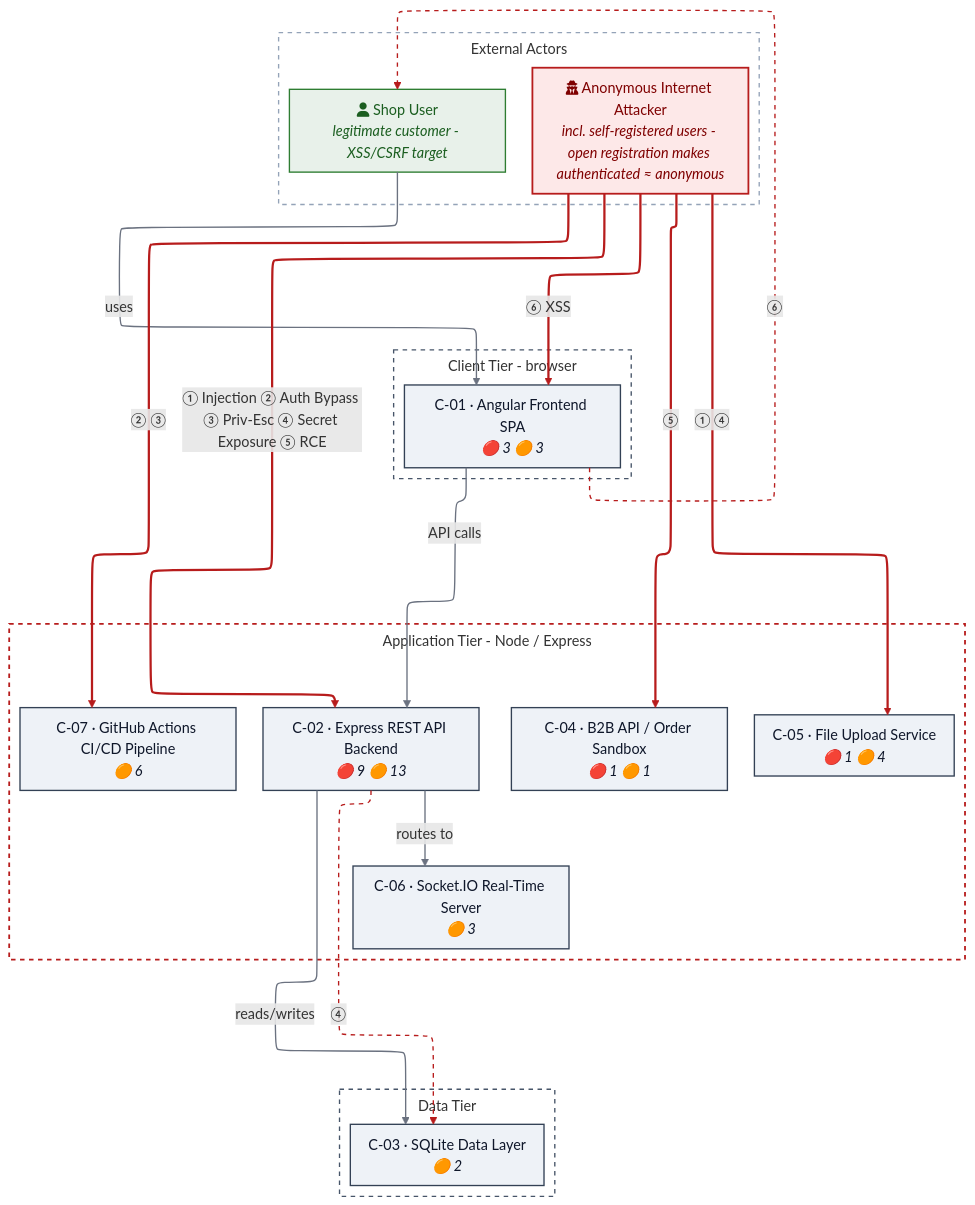
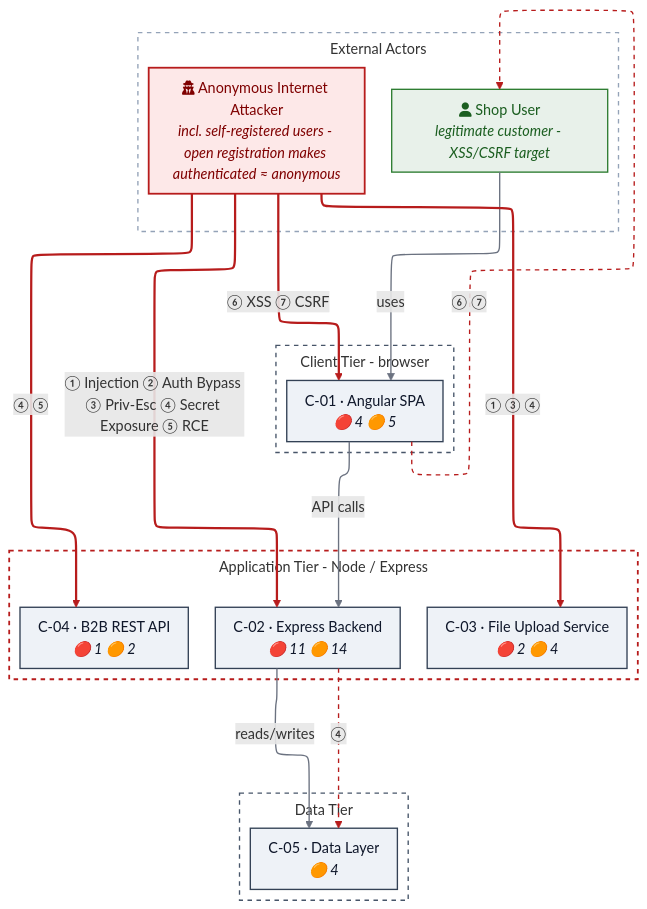
Before and after one commit to appsec-foundry/appsec-advisor: the first of 28 diagrams in examples/threat-modeler/threat-model-juice-shop-standard.md, drawn with Mermaid. The commit also changed other lines of this file and 12 other files, not shown here.

````diff
--- a/examples/threat-modeler/threat-model-juice-shop-standard.md
+++ b/examples/threat-modeler/threat-model-juice-shop-standard.md
@@ -143,60 +125,52 @@
 ```mermaid
 %%{init: {"flowchart": {"defaultRenderer": "elk", "nodeSpacing": 34, "rankSpacing": 52, "padding": 10, "subGraphTitleMargin": {"top": 6, "bottom": 6}}} }%%
 flowchart TB
     subgraph ZONE_ACTORS["External Actors"]
         direction LR
         EXT_SHOPUSER["fa:fa-user Shop User<br/><i>legitimate customer - XSS/CSRF target</i>"]:::actorgood
         ACT_INTERNET_ANON["fa:fa-user-secret Anonymous Internet Attacker<br/><i>incl. self-registered users - open registration makes authenticated ≈ anonymous</i>"]:::actorbad
     end
 
     subgraph CLIENT["Client Tier - browser"]
-        CMP_FRONTEND_SPA["C-01 · Angular Frontend SPA<br/><i>🔴 3 🟠 3</i>"]:::comp
+        CMP_ANGULAR_SPA["C-01 · Angular SPA<br/><i>🔴 4 🟠 5</i>"]:::comp
     end
     subgraph APP["Application Tier - Node / Express"]
-        CMP_BACKEND_API["C-02 · Express REST API Backend<br/><i>🔴 9 🟠 13</i>"]:::comp
-        CMP_B2B_API["C-04 · B2B API / Order Sandbox<br/><i>🔴 1 🟠 1</i>"]:::comp
-        CMP_FILE_UPLOAD_SERVICE["C-05 · File Upload Service<br/><i>🔴 1 🟠 4</i>"]:::comp
-        CMP_SOCKETIO_SERVER["C-06 · Socket.IO Real-Time Server<br/><i>🟠 3</i>"]:::comp
-        CMP_CI_CD_PIPELINE["C-07 · GitHub Actions CI/CD Pipeline<br/><i>🟠 6</i>"]:::comp
+        CMP_EXPRESS_BACKEND["C-02 · Express Backend<br/><i>🔴 11 🟠 14</i>"]:::comp
+        CMP_FILE_UPLOAD_SERVICE["C-03 · File Upload Service<br/><i>🔴 2 🟠 4</i>"]:::comp
+        CMP_B2B_API["C-04 · B2B REST API<br/><i>🔴 1 🟠 2</i>"]:::comp
     end
     subgraph DATA["Data Tier"]
-        CMP_DATA_PERSISTENCE["C-03 · SQLite Data Layer<br/><i>🟠 2</i>"]:::comp
+        CMP_DATA_LAYER["C-05 · Data Layer<br/><i>🟠 4</i>"]:::comp
     end
 
     %% legitimate request flow
-    EXT_SHOPUSER -->|"uses"| CMP_FRONTEND_SPA
-    CMP_FRONTEND_SPA -->|"API calls"| CMP_BACKEND_API
-    CMP_BACKEND_API -->|"reads/writes"| CMP_DATA_PERSISTENCE
-    CMP_BACKEND_API -->|"routes to"| CMP_SOCKETIO_SERVER
+    EXT_SHOPUSER -->|"uses"| CMP_ANGULAR_SPA
+    CMP_ANGULAR_SPA -->|"API calls"| CMP_EXPRESS_BACKEND
+    CMP_EXPRESS_BACKEND -->|"reads/writes"| CMP_DATA_LAYER
     %% attacks (solid) - each originates at a threat actor; glyphs match Figure 2 / Top Threats
-    ACT_INTERNET_ANON ==>|"① Injection ② Auth Bypass ③ Priv-Esc ④ Secret Exposure ⑤ RCE"| CMP_BACKEND_API
-    ACT_INTERNET_ANON ==>|"① ④"| CMP_FILE_UPLOAD_SERVICE
-    ACT_INTERNET_ANON ==>|"② ③"| CMP_CI_CD_PIPELINE
-    ACT_INTERNET_ANON ==>|"⑤"| CMP_B2B_API
-    ACT_INTERNET_ANON ==>|"⑥ XSS"| CMP_FRONTEND_SPA
+    ACT_INTERNET_ANON ==>|"① Injection ② Auth Bypass ③ Priv-Esc ④ Secret Exposure ⑤ RCE"| CMP_EXPRESS_BACKEND
+    ACT_INTERNET_ANON ==>|"① ③ ④"| CMP_FILE_UPLOAD_SERVICE
+    ACT_INTERNET_ANON ==>|"④ ⑤"| CMP_B2B_API
+    ACT_INTERNET_ANON ==>|"⑥ XSS ⑦ CSRF"| CMP_ANGULAR_SPA
     %% propagation (dotted) - how the attack reaches the data tier / victim
-    CMP_BACKEND_API -.->|"④"| CMP_DATA_PERSISTENCE
-    CMP_FRONTEND_SPA -.->|"⑥"| EXT_SHOPUSER
+    CMP_EXPRESS_BACKEND -.->|"④"| CMP_DATA_LAYER
+    CMP_ANGULAR_SPA -.->|"⑥ ⑦"| EXT_SHOPUSER
     %% invisible barycenter-balancing edges - center the client/data tiers under the app row (no glyph, no linkStyle → rendered as no line)
-    CMP_B2B_API ~~~ CMP_DATA_PERSISTENCE
-    CMP_FILE_UPLOAD_SERVICE ~~~ CMP_DATA_PERSISTENCE
-    CMP_SOCKETIO_SERVER ~~~ CMP_DATA_PERSISTENCE
-    CMP_CI_CD_PIPELINE ~~~ CMP_DATA_PERSISTENCE
-    CMP_FRONTEND_SPA ~~~ CMP_B2B_API
-    CMP_FRONTEND_SPA ~~~ CMP_FILE_UPLOAD_SERVICE
-    CMP_FRONTEND_SPA ~~~ CMP_SOCKETIO_SERVER
-    CMP_FRONTEND_SPA ~~~ CMP_CI_CD_PIPELINE
+    CMP_FILE_UPLOAD_SERVICE ~~~ CMP_DATA_LAYER
+    CMP_B2B_API ~~~ CMP_DATA_LAYER
+    CMP_ANGULAR_SPA ~~~ CMP_FILE_UPLOAD_SERVICE
+    CMP_ANGULAR_SPA ~~~ CMP_B2B_API
 
     style CLIENT fill:none,stroke:#475569,stroke-width:1.5px,stroke-dasharray:5
     style APP fill:none,stroke:#b71c1c,stroke-width:2px,stroke-dasharray:5
     style DATA fill:none,stroke:#475569,stroke-width:1.5px,stroke-dasharray:5
     style ZONE_ACTORS fill:none,stroke:#94a3b8,stroke-width:1.5px,stroke-dasharray:5
     classDef comp fill:#eef2f7,stroke:#334155,color:#0f172a,stroke-width:1.5px
     classDef compmuted fill:#f8fafc,stroke:#cbd5e1,color:#64748b,stroke-width:1px,font-size:9px
     classDef ext  fill:#ffffff,stroke:#94a3b8,color:#334155,stroke-width:1.5px
     classDef actorbad  fill:#fde8e8,stroke:#b71c1c,color:#7f0000,stroke-width:2px
     classDef actorgood fill:#e8f1ea,stroke:#2e7d32,color:#1b5e20,stroke-width:1.5px
-    linkStyle 0,1,2,3 stroke:#6b7280,stroke-width:1.5px
-    linkStyle 4,5,6,7,8 stroke:#b71c1c,stroke-width:2.5px
-    linkStyle 9,10 stroke:#b71c1c,stroke-width:1.5px,stroke-dasharray:5
+    linkStyle 0,1,2 stroke:#6b7280,stroke-width:1.5px
+    linkStyle 3,4,5,6 stroke:#b71c1c,stroke-width:2.5px
+    linkStyle 7,8 stroke:#b71c1c,stroke-width:1.5px,stroke-dasharray:5
 ```
````
